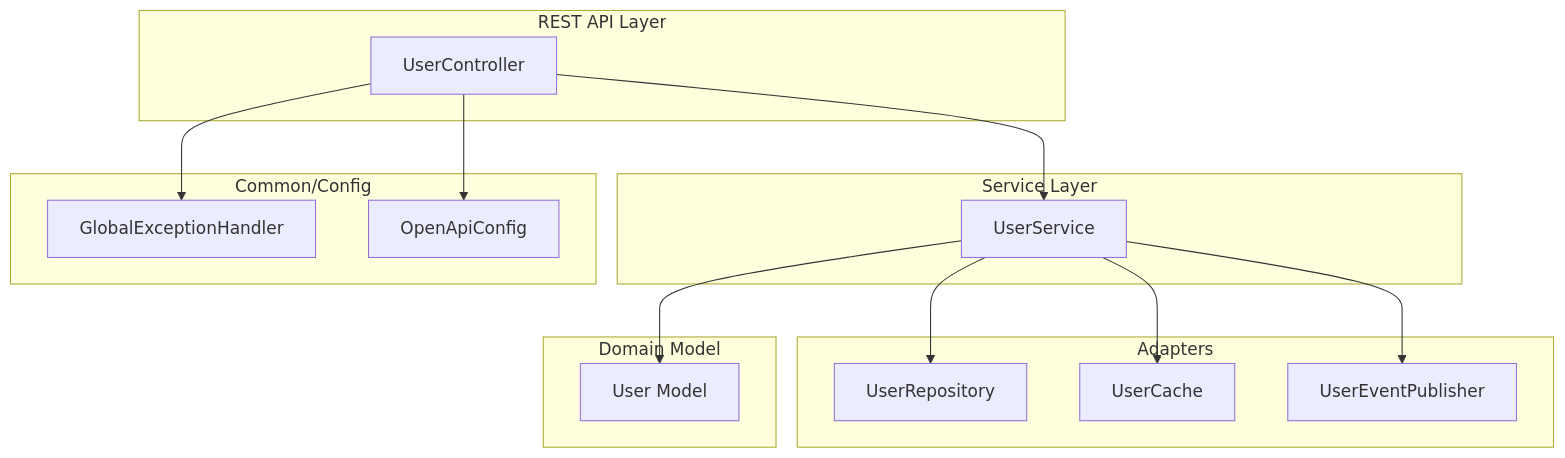
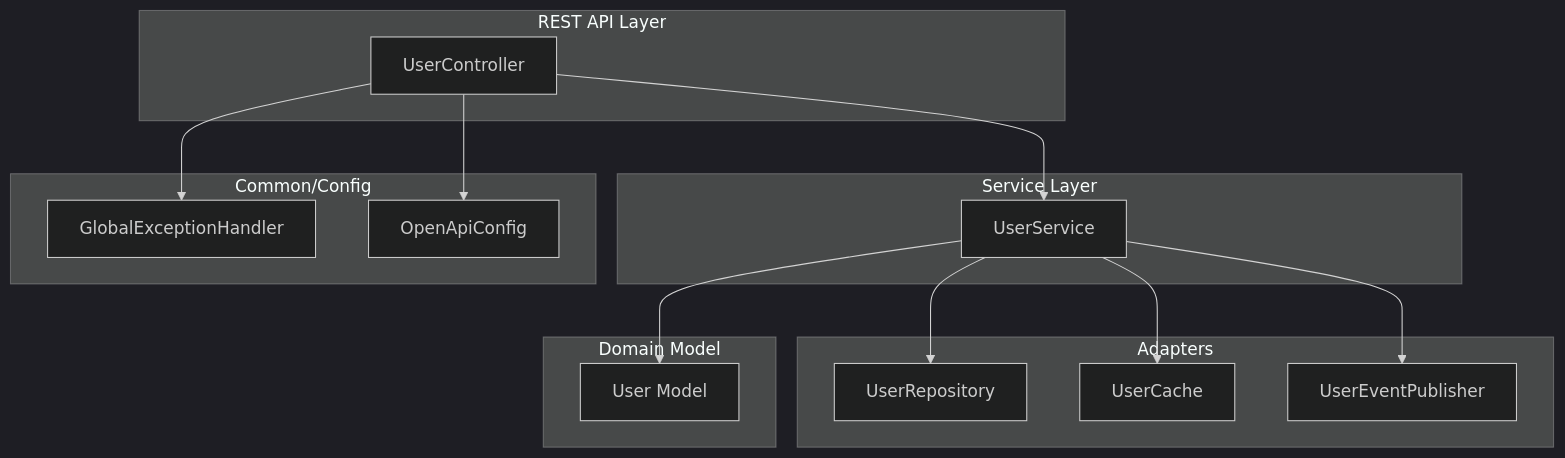
One commit to coyote7wolf/coyote7wolf changed the first of 2 diagrams in src/java/java-spring-boot_user-service/README.md. Above: the diagram before and after it, drawn with Mermaid. The commit also changed other lines of this file, not shown here.

Commit message:
✨ docs(README): add theme initialization for mermaid diagrams

````diff
--- a/src/java/java-spring-boot_user-service/README.md
+++ b/src/java/java-spring-boot_user-service/README.md
@@ -7,28 +7,29 @@
 ```mermaid
+%%{init: {"theme":"dark"}}%%
 flowchart TD
   subgraph API[REST API Layer]
     userController[UserController]
   end
   subgraph Service[Service Layer]
     userService[UserService]
   end
   subgraph Adapter[Adapters]
     userRepository[UserRepository]
     userCache[UserCache]
     userEventPublisher[UserEventPublisher]
   end
   subgraph Domain[Domain Model]
     userModel[User Model]
   end
   subgraph Common[Common/Config]
     globalExceptionHandler[GlobalExceptionHandler]
     openApiConfig[OpenApiConfig]
   end
   userController --> userService
   userService --> userRepository
   userService --> userCache
   userService --> userEventPublisher
   userService --> userModel
   userController --> globalExceptionHandler
   userController --> openApiConfig
 ```
````
